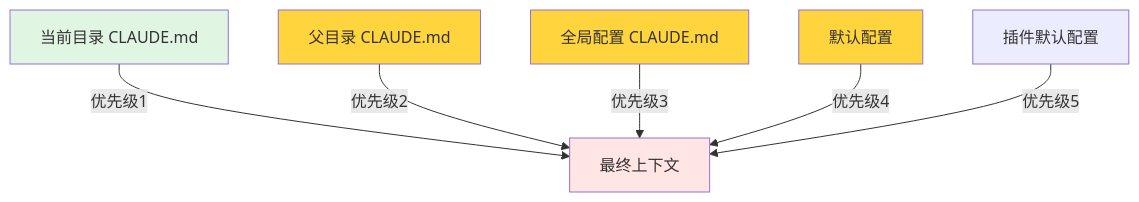
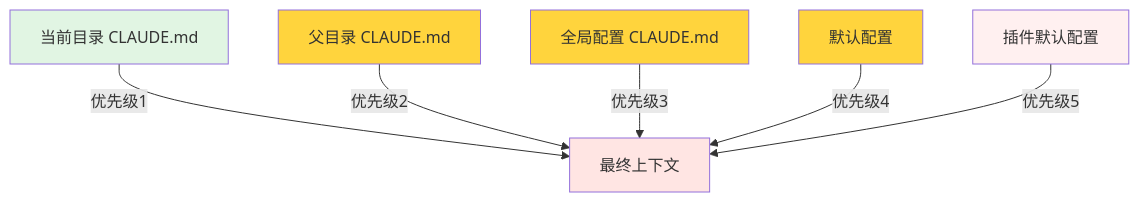
One commit to haorenlei457/claudecode-book changed the first of 3 diagrams in 09-file-context.md. Above: the diagram before and after it, drawn with Mermaid. The commit also changed other lines of this file and 3 other files, not shown here.

````diff
--- a/09-file-context.md
+++ b/09-file-context.md
@@ -107,15 +110,15 @@
 ```mermaid
 graph TD
     A[当前目录 CLAUDE.md] -->|优先级1| B[最终上下文]
     C[父目录 CLAUDE.md] -->|优先级2| B
     D[全局配置 CLAUDE.md] -->|优先级3| B
     E[默认配置] -->|优先级4| B
     F[插件默认配置] -->|优先级5| B
     
     style A fill:#e1f5e3
     style B fill:#FFE5E3
     style C fill:#FFD43D
     style D fill:#FFD43D
     style E fill:#FFD43D
-    style F fill:#FF0F0
+    style F fill:#FFF0F0
 ```
````
